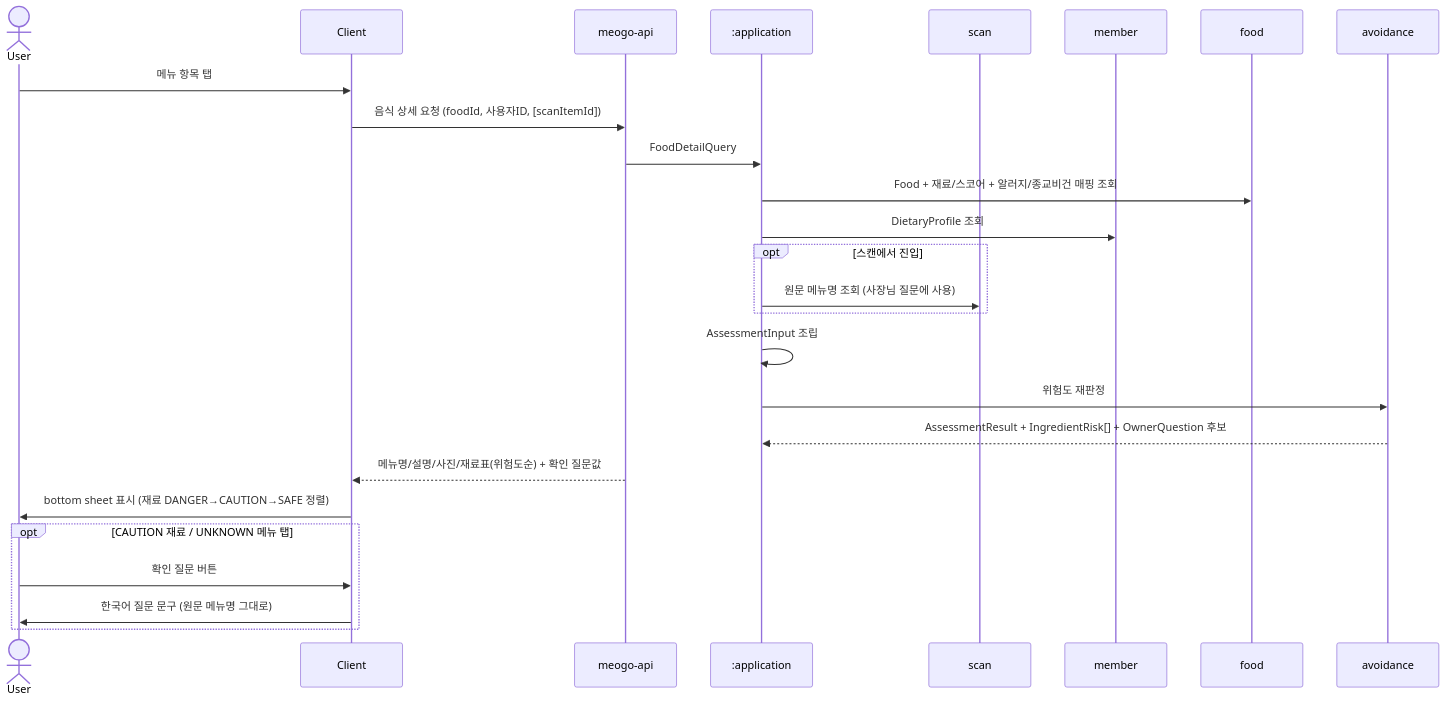
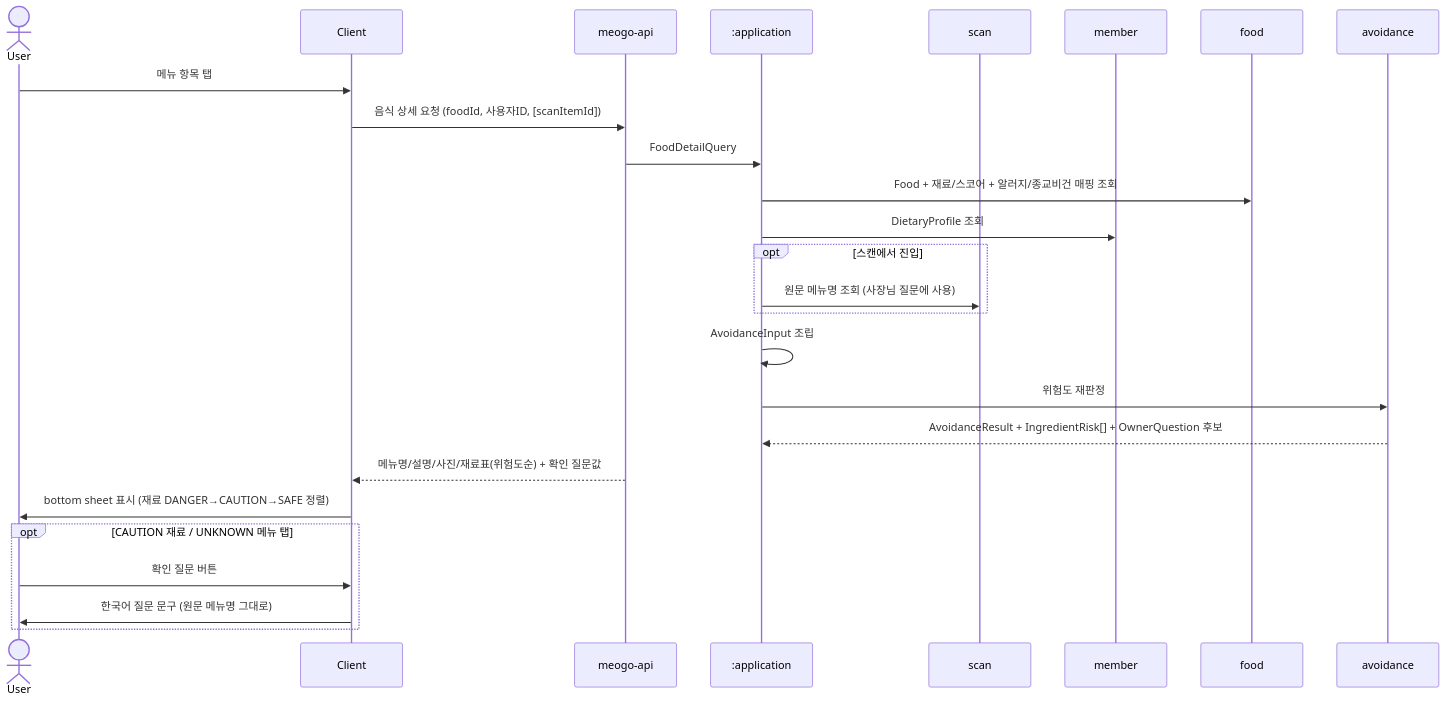
One commit to team-skyjs/kbap-server changed the second of 7 diagrams in docs/architecture/use-case-flows.md. Above: the diagram before and after it, drawn with Mermaid. The commit also changed other lines of this file and 5 other files, not shown here.

First line of the commit message:
docs: avoidance 컨텍스트 코어 타입명 통일 (Assessment* → Avoidance*)

````diff
--- a/docs/architecture/use-case-flows.md
+++ b/docs/architecture/use-case-flows.md
@@ -78,31 +78,31 @@
 ```mermaid
 sequenceDiagram
     actor User
     participant Client
     participant API as meogo-api
     participant App as :application
     participant Scan as scan
     participant Member as member
     participant Food as food
     participant Assess as avoidance
 
     User->>Client: 메뉴 항목 탭
     Client->>API: 음식 상세 요청 (foodId, 사용자ID, [scanItemId])
     API->>App: FoodDetailQuery
 
     App->>Food: Food + 재료/스코어 + 알러지/종교비건 매핑 조회
     App->>Member: DietaryProfile 조회
     opt 스캔에서 진입
         App->>Scan: 원문 메뉴명 조회 (사장님 질문에 사용)
     end
-    App->>App: AssessmentInput 조립
+    App->>App: AvoidanceInput 조립
     App->>Assess: 위험도 재판정
-    Assess-->>App: AssessmentResult + IngredientRisk[] + OwnerQuestion 후보
+    Assess-->>App: AvoidanceResult + IngredientRisk[] + OwnerQuestion 후보
     API-->>Client: 메뉴명/설명/사진/재료표(위험도순) + 확인 질문값
     Client->>User: bottom sheet 표시 (재료 DANGER→CAUTION→SAFE 정렬)
 
     opt CAUTION 재료 / UNKNOWN 메뉴 탭
         User->>Client: 확인 질문 버튼
         Client->>User: 한국어 질문 문구 (원문 메뉴명 그대로)
     end
 ```
````
